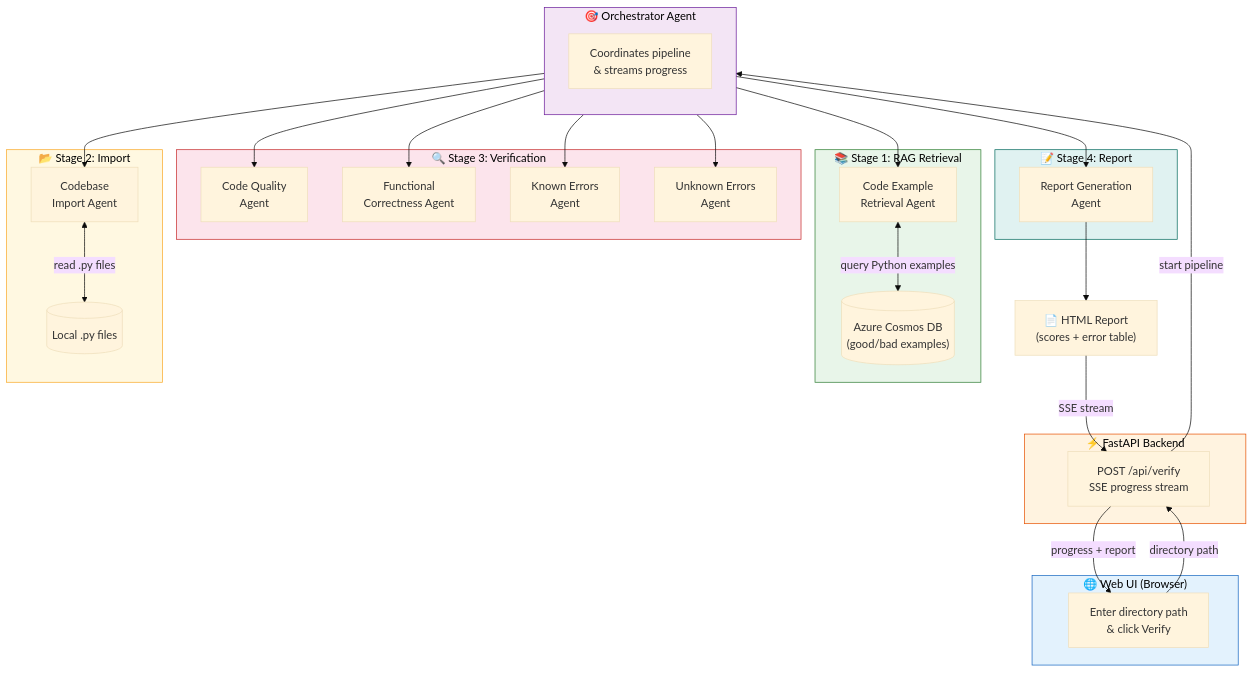
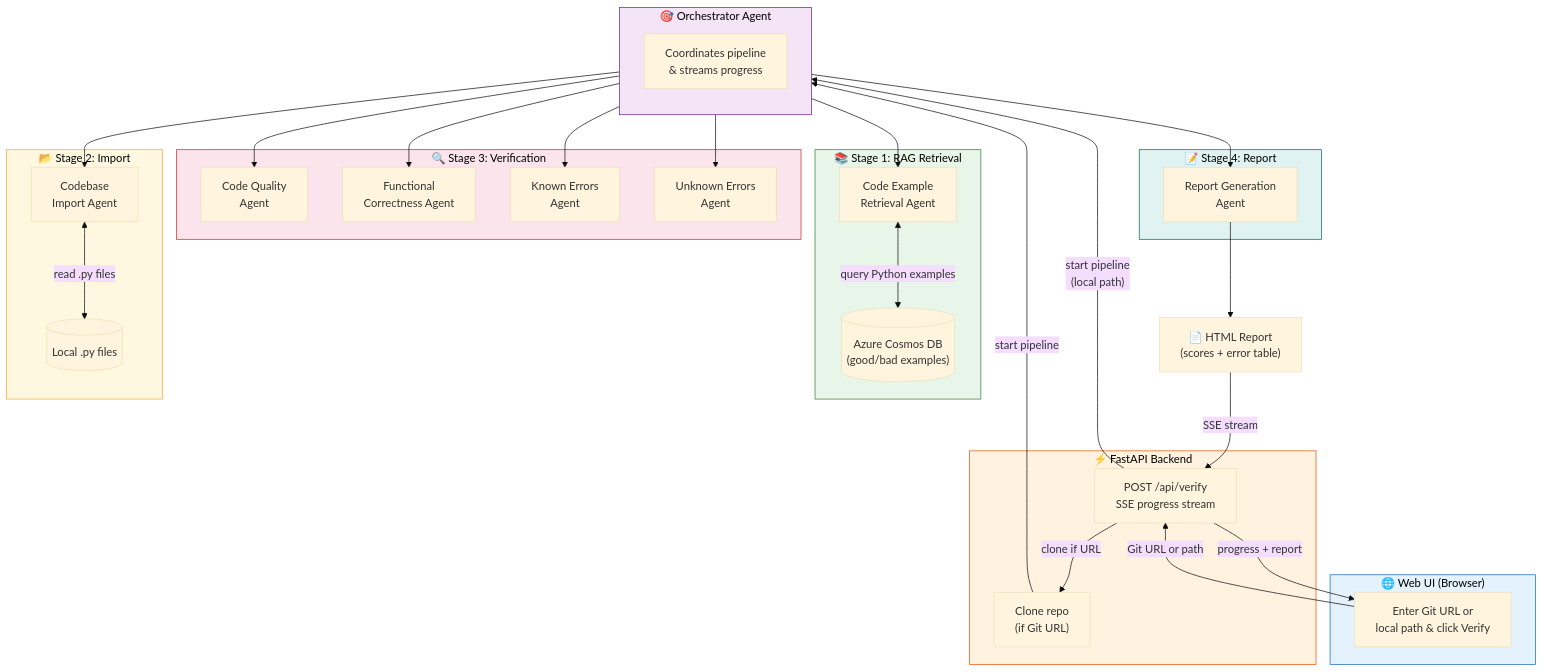
Before and after one commit to leestott/opustest: the diagram in README.md, drawn with Mermaid (base theme). The commit also changed other lines of this file and 9 other files, not shown here.

````diff
--- a/README.md
+++ b/README.md
@@ -61,58 +61,61 @@
 ```mermaid
 flowchart TD
     subgraph UI["🌐 Web UI (Browser)"]
-        A["Enter directory path\n& click Verify"]
+        A["Enter Git URL or\nlocal path & click Verify"]
     end
 
     subgraph Server["⚡ FastAPI Backend"]
         B["POST /api/verify\nSSE progress stream"]
+        B2["Clone repo\n(if Git URL)"]
     end
 
     subgraph Orchestrator["🎯 Orchestrator Agent"]
         direction TB
         C["Coordinates pipeline\n& streams progress"]
     end
 
     subgraph Stage1["📚 Stage 1: RAG Retrieval"]
         D["Code Example\nRetrieval Agent"]
         E[("Azure Cosmos DB\n(good/bad examples)")]
     end
 
     subgraph Stage2["📂 Stage 2: Import"]
         F["Codebase\nImport Agent"]
         G[("Local .py files")]
     end
 
     subgraph Stage3["🔍 Stage 3: Verification"]
         H["Code Quality\nAgent"]
         I["Functional\nCorrectness Agent"]
         J["Known Errors\nAgent"]
         K["Unknown Errors\nAgent"]
     end
 
     subgraph Stage4["📝 Stage 4: Report"]
         L["Report Generation\nAgent"]
     end
 
     M["📄 HTML Report\n(scores + error table)"]
 
-    A -->|"directory path"| B
-    B -->|"start pipeline"| C
+    A -->|"Git URL or path"| B
+    B -->|"clone if URL"| B2
+    B2 -->|"start pipeline"| C
+    B -->|"start pipeline\n(local path)"| C
     C --> D
     D <-->|"query Python examples"| E
     C --> F
     F <-->|"read .py files"| G
     C --> H & I & J & K
     C --> L
     L --> M
     M -->|"SSE stream"| B
     B -->|"progress + report"| A
 
     style UI fill:#e3f2fd,stroke:#1565c0,color:#000
     style Server fill:#fff3e0,stroke:#e65100,color:#000
     style Orchestrator fill:#f3e5f5,stroke:#6a1b9a,color:#000
     style Stage1 fill:#e8f5e9,stroke:#2e7d32,color:#000
     style Stage2 fill:#fff8e1,stroke:#f9a825,color:#000
     style Stage3 fill:#fce4ec,stroke:#c62828,color:#000
     style Stage4 fill:#e0f2f1,stroke:#00695c,color:#000
 ```
````
